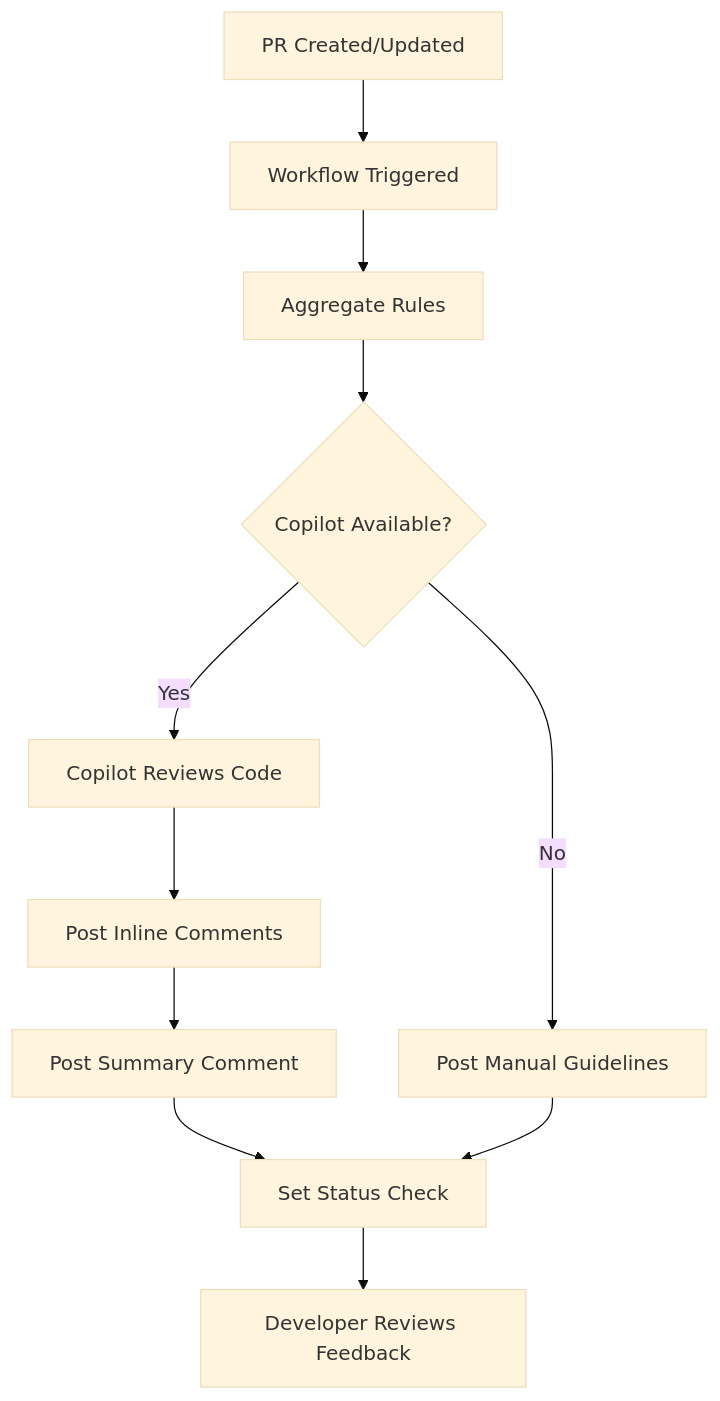
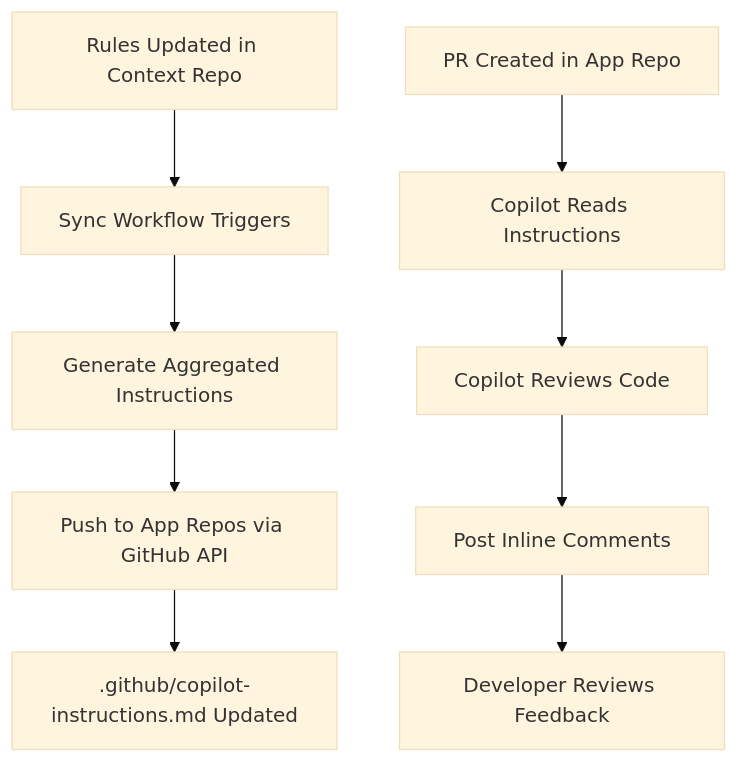
Before and after one commit to angusmccloud/inventory-management-context: the first of 3 diagrams in docs/COPILOT-PR-REVIEW.md, drawn with Mermaid (base theme). The commit also changed other lines of this file and 7 other files, not shown here.

````diff
--- a/docs/COPILOT-PR-REVIEW.md
+++ b/docs/COPILOT-PR-REVIEW.md
@@ -88,13 +88,12 @@
 ```mermaid
 graph TD
-    A[PR Created/Updated] --> B[Workflow Triggered]
-    B --> C[Aggregate Rules]
-    C --> D{Copilot Available?}
-    D -->|Yes| E[Copilot Reviews Code]
-    D -->|No| F[Post Manual Guidelines]
-    E --> G[Post Inline Comments]
-    G --> H[Post Summary Comment]
-    H --> I[Set Status Check]
-    F --> I
+    A[Rules Updated in Context Repo] --> B[Sync Workflow Triggers]
+    B --> C[Generate Aggregated Instructions]
+    C --> D[Push to App Repos via GitHub API]
+    D --> E[.github/copilot-instructions.md Updated]
+    
+    F[PR Created in App Repo] --> G[Copilot Reads Instructions]
+    G --> H[Copilot Reviews Code]
+    H --> I[Post Inline Comments]
     I --> J[Developer Reviews Feedback]
 ```
````
